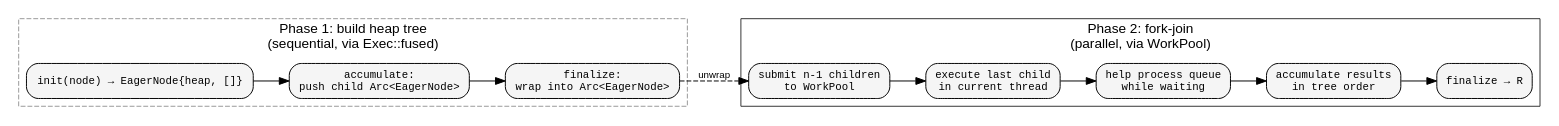
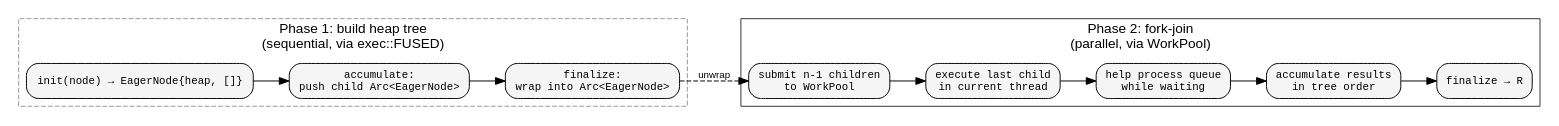
One commit to hylic-recursion/hylic-docs changed the third of 3 diagrams in book/src/cookbook/parallel_execution.md. Above: the diagram before and after it, drawn with Graphviz. The commit also changed other lines of this file and 22 other files, not shown here.

First line of the commit message:
Domain architecture: docs rewrite, exec:: pattern, guides

````diff
--- a/book/src/cookbook/parallel_execution.md
+++ b/book/src/cookbook/parallel_execution.md
@@ -110,29 +112,29 @@
 ```dot process
 digraph {
     rankdir=LR;
     node [shape=box, style="rounded,filled", fillcolor="#f5f5f5", fontname="monospace", fontsize=11];
     edge [fontname="sans-serif", fontsize=10];
 
     subgraph cluster_p1 {
-        label="Phase 1: build heap tree\n(sequential, via Exec::fused)";
+        label="Phase 1: build heap tree\n(sequential, via exec::FUSED)";
         style=dashed; color="#999999"; fontname="sans-serif";
         init1 [label="init(node) → EagerNode{heap, []}"];
         acc1  [label="accumulate:\npush child Arc<EagerNode>"];
         fin1  [label="finalize:\nwrap into Arc<EagerNode>"];
         init1 -> acc1 -> fin1;
     }
 
     subgraph cluster_p2 {
         label="Phase 2: fork-join\n(parallel, via WorkPool)";
         style=solid; color="#333333"; fontname="sans-serif";
         fork [label="submit n-1 children\nto WorkPool"];
         self_ [label="execute last child\nin current thread"];
         help [label="help process queue\nwhile waiting"];
         accf [label="accumulate results\nin tree order"];
         finf [label="finalize → R"];
         fork -> self_ -> help -> accf -> finf;
     }
 
     fin1 -> fork [style=dashed, label="unwrap"];
 }
 ```
````
